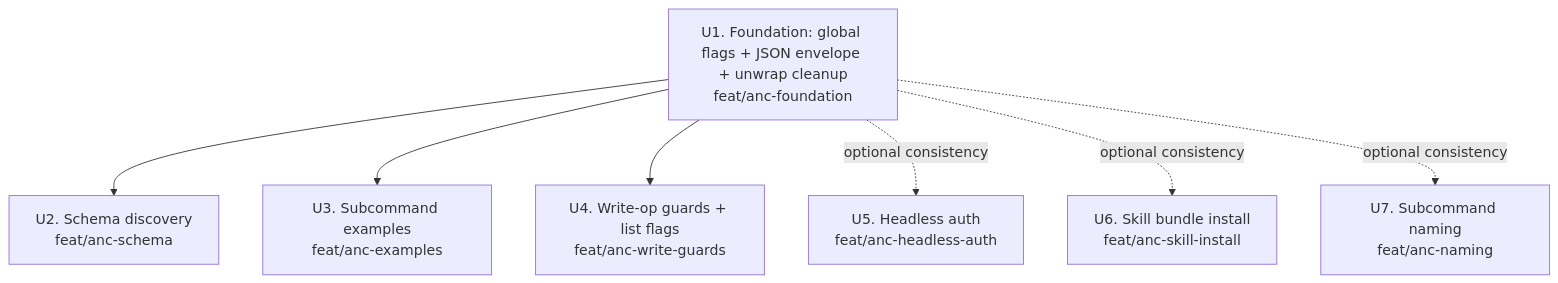
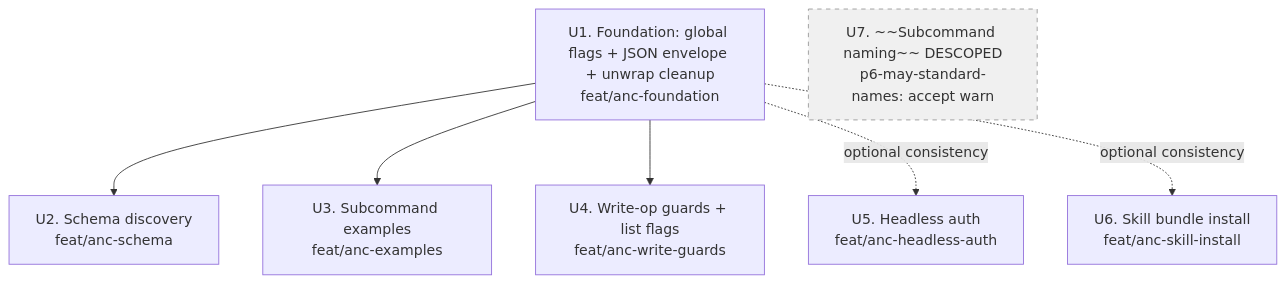
Before and after one commit to brettdavies/bird: the diagram in docs/plans/2026-06-02-001-feat-anc-100-percent-push-plan.md, drawn with Mermaid. The commit also changed other lines of this file, not shown here.

First line of the commit message:
docs(plans): descope U7 — accept p6-may-standard-names warn as domain-appropriate

````diff
--- a/docs/plans/2026-06-02-001-feat-anc-100-percent-push-plan.md
+++ b/docs/plans/2026-06-02-001-feat-anc-100-percent-push-plan.md
@@ -177,12 +185,13 @@
 ```mermaid
 graph TD
   U1[U1. Foundation: global flags + JSON envelope + unwrap cleanup<br/>feat/anc-foundation] --> U2[U2. Schema discovery<br/>feat/anc-schema]
   U1 --> U3[U3. Subcommand examples<br/>feat/anc-examples]
   U1 --> U4[U4. Write-op guards + list flags<br/>feat/anc-write-guards]
   U5[U5. Headless auth<br/>feat/anc-headless-auth]
   U6[U6. Skill bundle install<br/>feat/anc-skill-install]
   U7[U7. Subcommand naming<br/>feat/anc-naming]
   U1 -.optional consistency.-> U5
   U1 -.optional consistency.-> U6
-  U1 -.optional consistency.-> U7
+  U7[U7. ~~Subcommand naming~~ DESCOPED<br/>p6-may-standard-names: accept warn]:::descoped
+  classDef descoped fill:#f0f0f0,stroke:#999,stroke-dasharray:5
 ```
````
